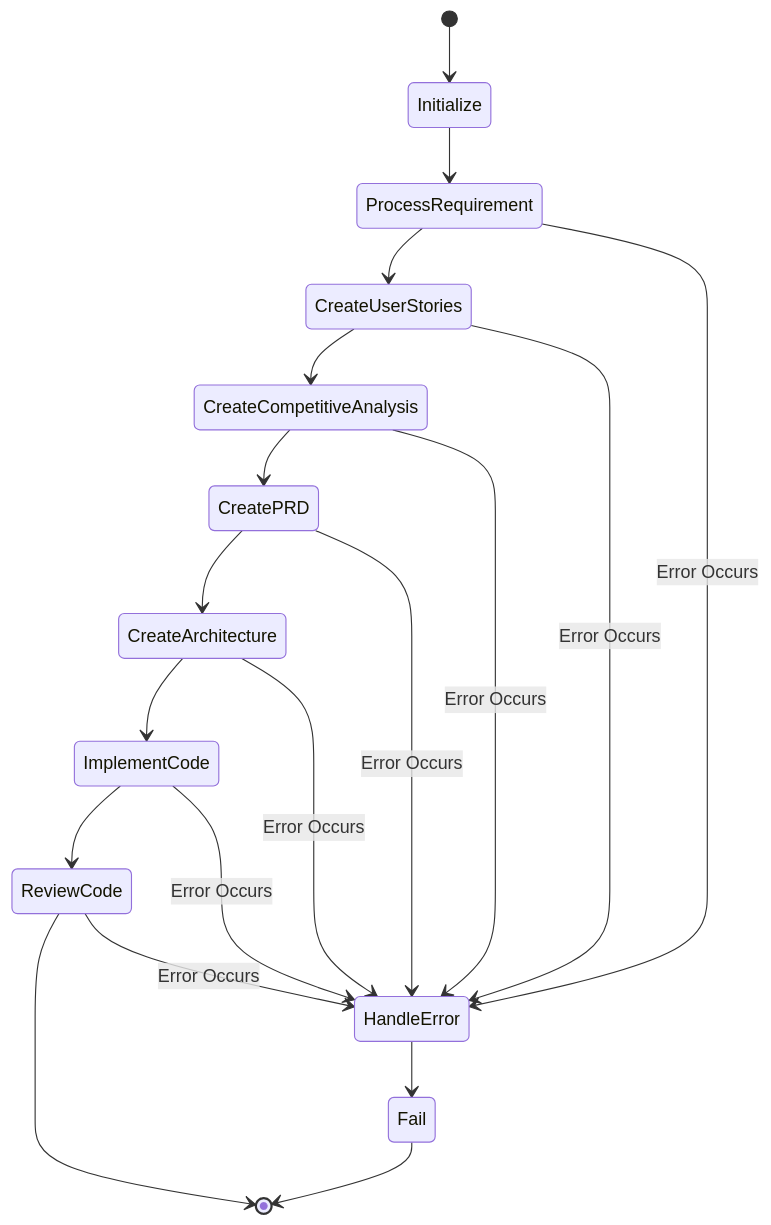
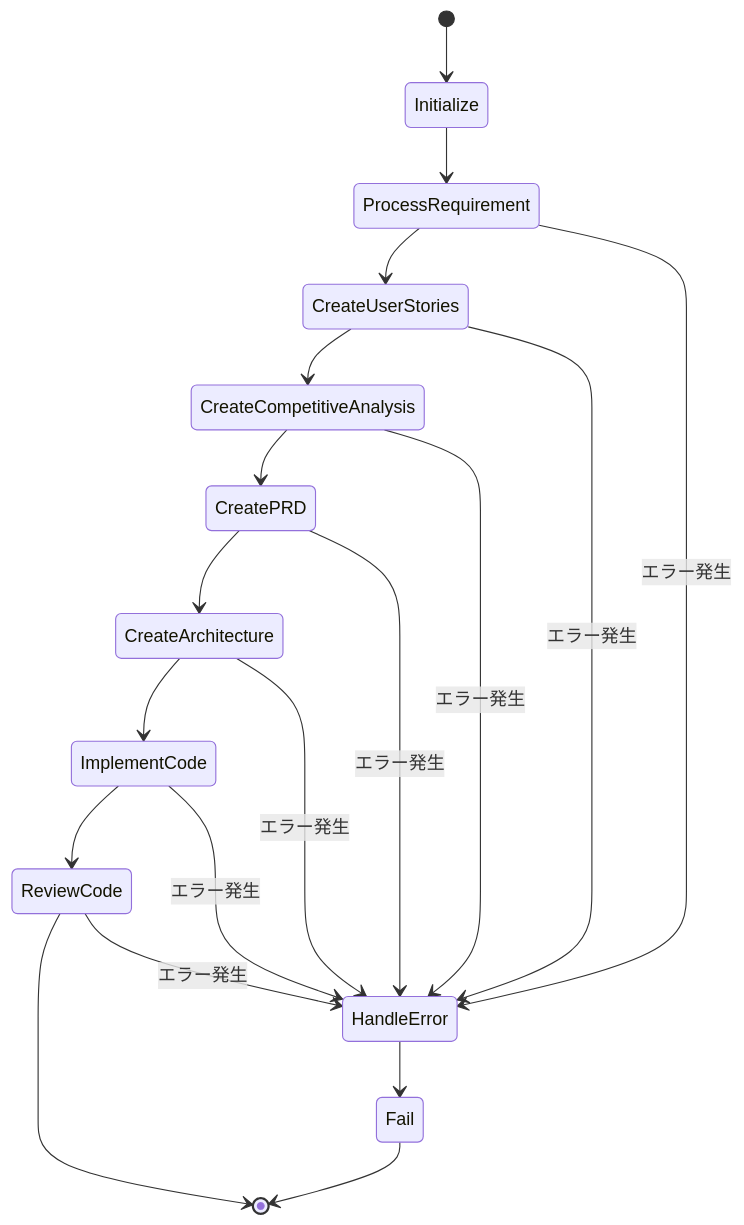
One commit to aws-samples/multi-agent-samples-jp changed the ninth of 10 diagrams in README.md. Above: the diagram before and after it, drawn with Mermaid. The commit also changed other lines of this file and 2 other files, not shown here.

````diff
--- a/README.md
+++ b/README.md
@@ -317,23 +315,23 @@
 ```mermaid
 stateDiagram-v2
     [*] --> Initialize
     Initialize --> ProcessRequirement
     ProcessRequirement --> CreateUserStories
     CreateUserStories --> CreateCompetitiveAnalysis
     CreateCompetitiveAnalysis --> CreatePRD
     CreatePRD --> CreateArchitecture
     CreateArchitecture --> ImplementCode
     ImplementCode --> ReviewCode
     ReviewCode --> [*]
     
-    ProcessRequirement --> HandleError: Error Occurs
-    CreateUserStories --> HandleError: Error Occurs
-    CreateCompetitiveAnalysis --> HandleError: Error Occurs
-    CreatePRD --> HandleError: Error Occurs
-    CreateArchitecture --> HandleError: Error Occurs
-    ImplementCode --> HandleError: Error Occurs
-    ReviewCode --> HandleError: Error Occurs
+    ProcessRequirement --> HandleError: エラー発生
+    CreateUserStories --> HandleError: エラー発生
+    CreateCompetitiveAnalysis --> HandleError: エラー発生
+    CreatePRD --> HandleError: エラー発生
+    CreateArchitecture --> HandleError: エラー発生
+    ImplementCode --> HandleError: エラー発生
+    ReviewCode --> HandleError: エラー発生
     
     HandleError --> Fail
     Fail --> [*]
 ```
````
